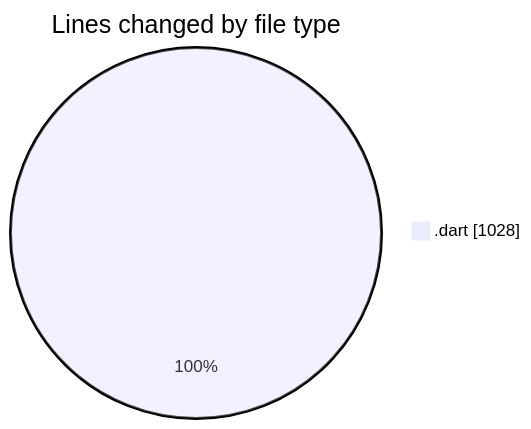
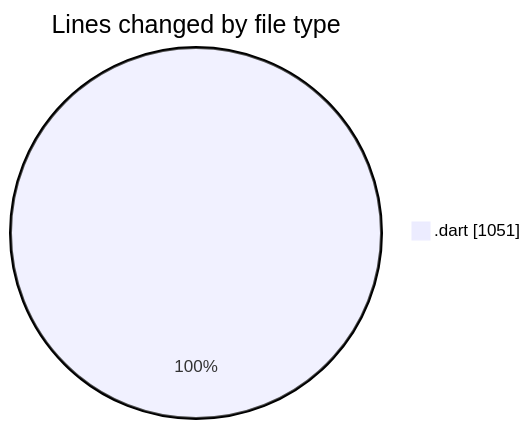
Before and after one commit to donsfak/code-tracking: the first of 2 diagrams in 2025-01-23/trackers_app/README.md, drawn with Mermaid. The commit also changed other lines of this file and 1 other file, not shown here.

````diff
--- a/2025-01-23/trackers_app/README.md
+++ b/2025-01-23/trackers_app/README.md
@@ -24,5 +24,5 @@
 ```mermaid
 pie showData
 title Lines changed by file type
-".dart" : 1028
+".dart" : 1051
 ```
````
